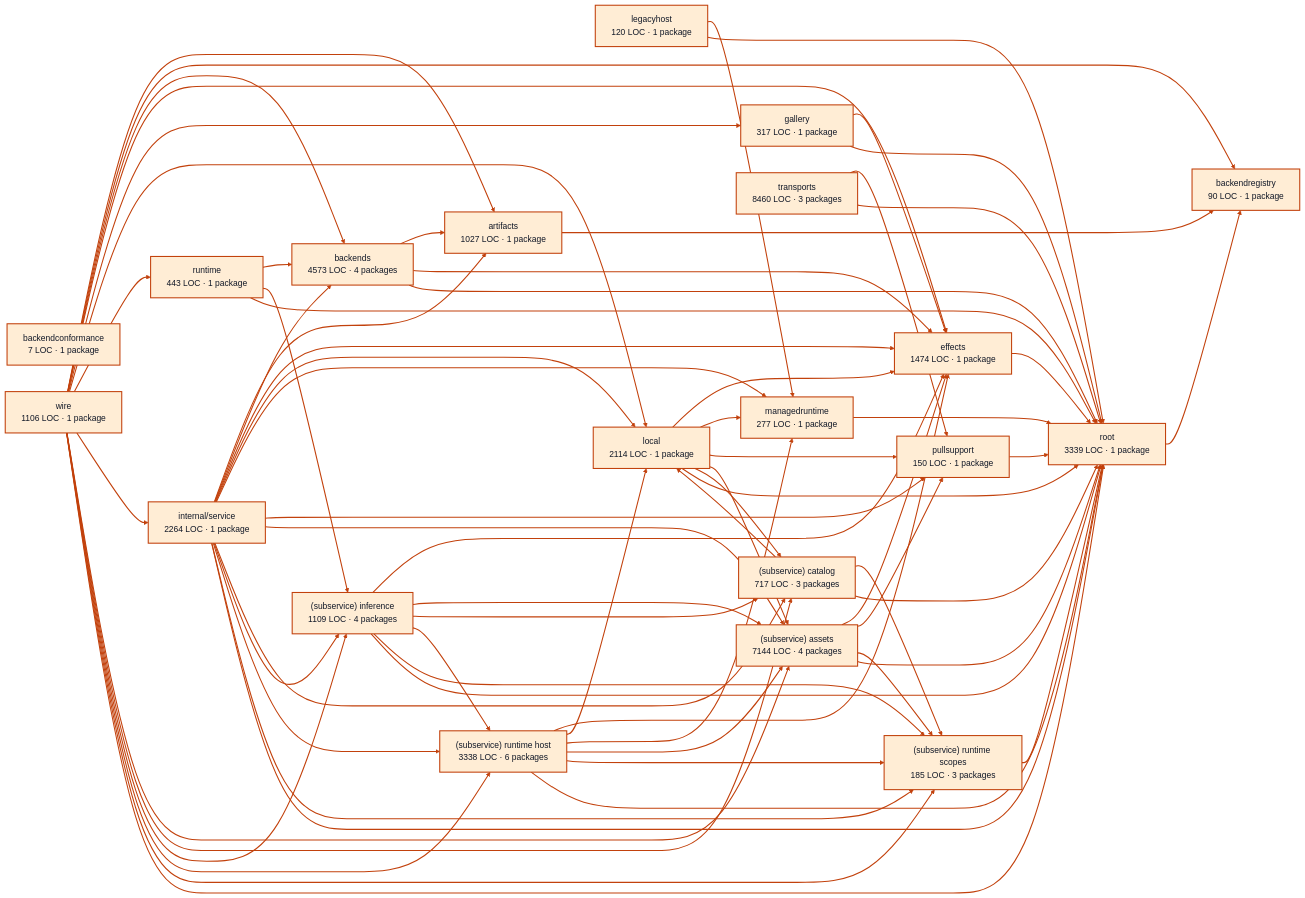
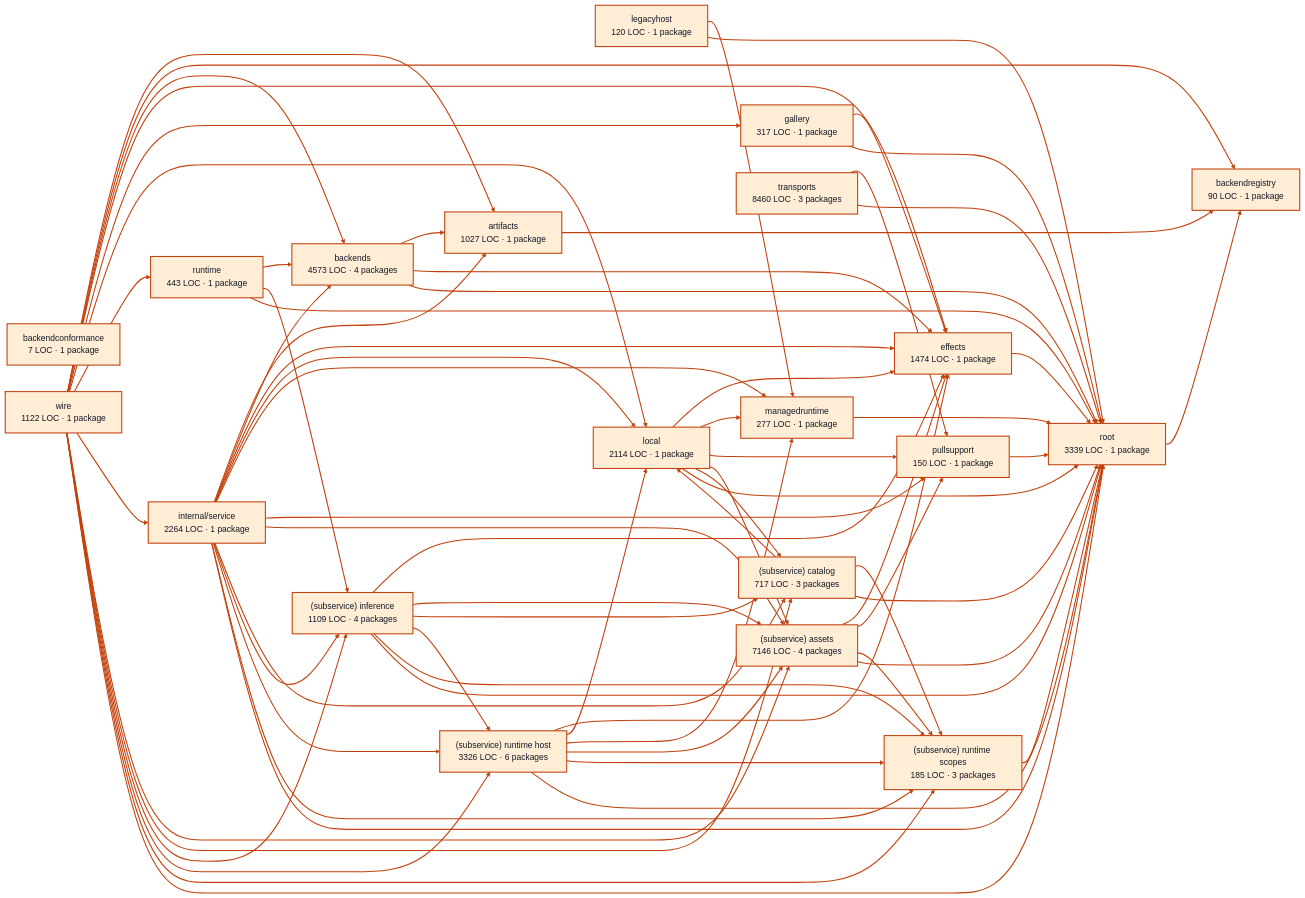
Before and after one commit to portpowered/you-agent-factory: the diagram in docs/architecture/visualizations/services/models.md, drawn with Mermaid (forest theme). The commit also changed other lines of this file and 21 other files, not shown here.

Commit message:
docs: refresh backend architecture visualizations (#3286)

```diff
--- a/docs/architecture/visualizations/services/models.md
+++ b/docs/architecture/visualizations/services/models.md
@@ -22,14 +22,14 @@
   p9["pullsupport<br/>150 LOC · 1 package"]
   p10["runtime<br/>443 LOC · 1 package"]
   p11["internal/service<br/>2264 LOC · 1 package"]
-  p12["(subservice) assets<br/>7144 LOC · 4 packages"]
+  p12["(subservice) assets<br/>7146 LOC · 4 packages"]
   p13["(subservice) catalog<br/>717 LOC · 3 packages"]
   p14["(subservice) inference<br/>1109 LOC · 4 packages"]
-  p15["(subservice) runtime host<br/>3338 LOC · 6 packages"]
+  p15["(subservice) runtime host<br/>3326 LOC · 6 packages"]
   p16["(subservice) runtime scopes<br/>185 LOC · 3 packages"]
   p17["root<br/>3339 LOC · 1 package"]
   p18["transports<br/>8460 LOC · 3 packages"]
-  p19["wire<br/>1106 LOC · 1 package"]
+  p19["wire<br/>1122 LOC · 1 package"]
   p0 --> p2
   p3 --> p0
   p3 --> p4
```
